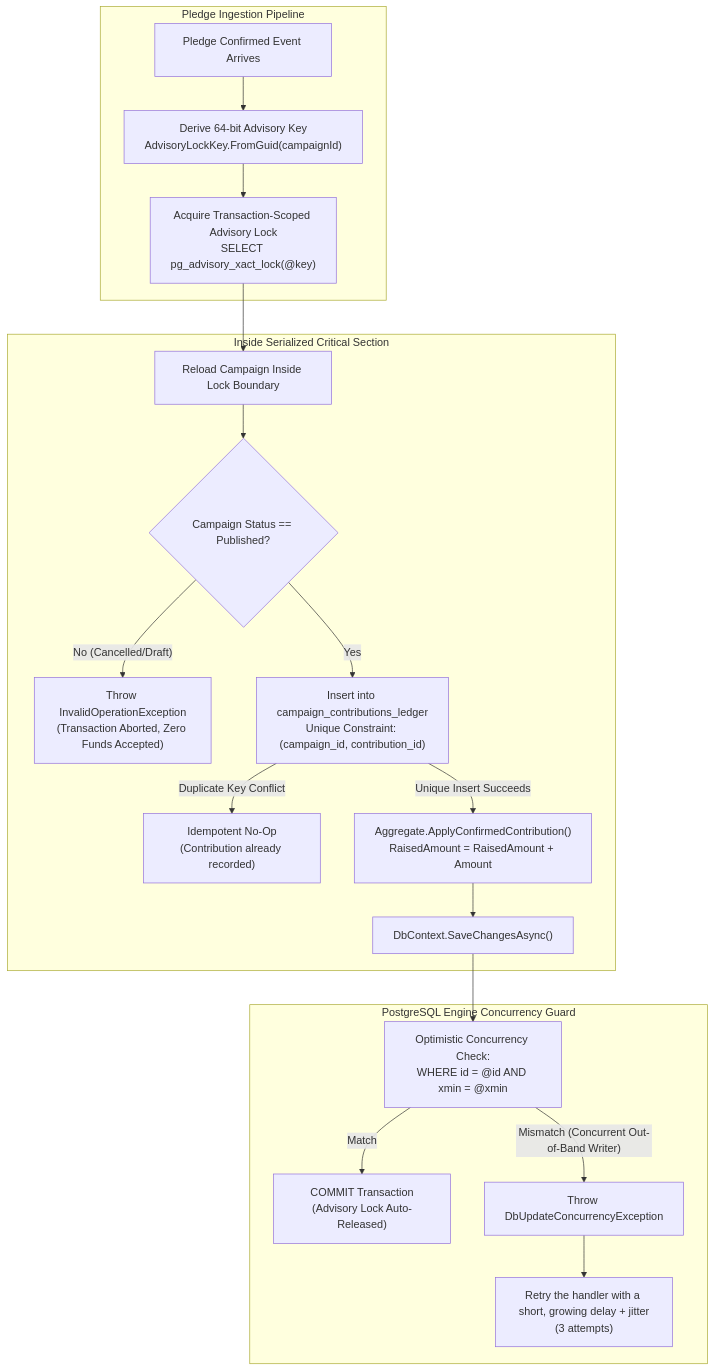
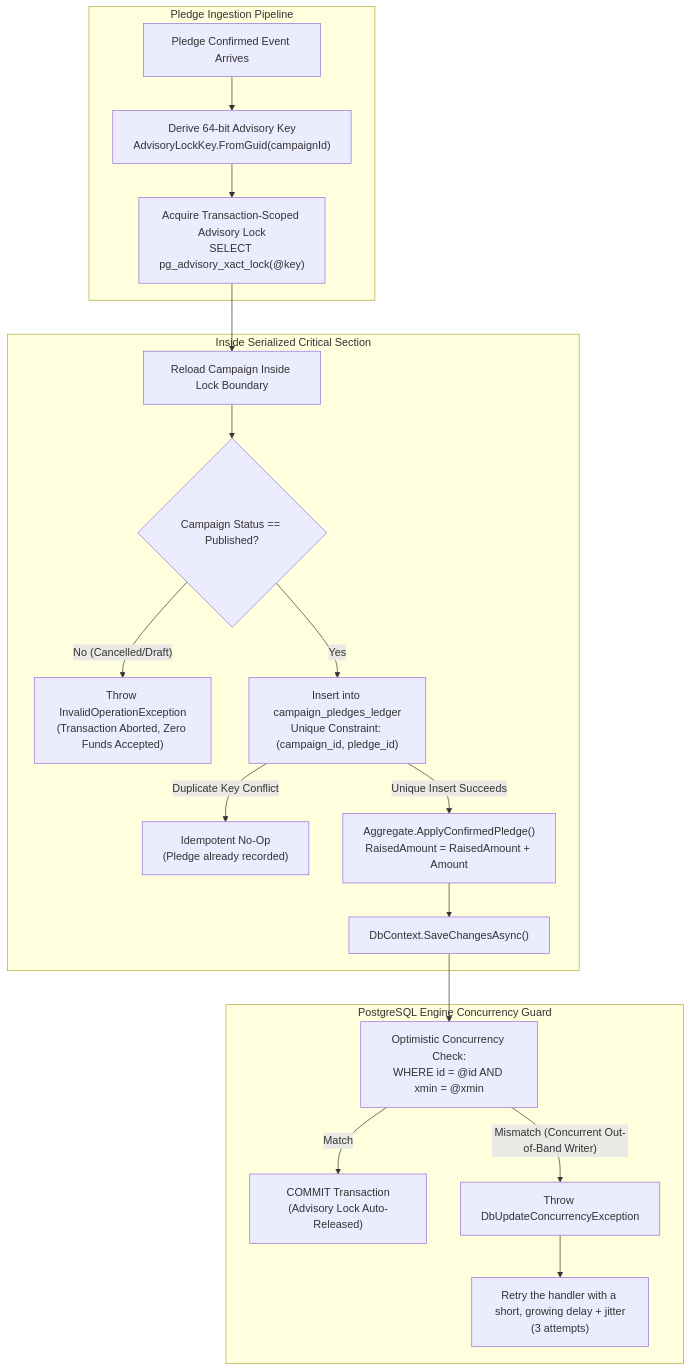
One commit to maysamgamini/crowdfundinghub changed the seventh of 12 diagrams in docs/ARCHITECTURE_AND_LIBRARIES.md. Above: the diagram before and after it, drawn with Mermaid. The commit also changed other lines of this file and 571 other files, not shown here.

First line of the commit message:
refactor: use the course vocabulary, pledge and backer, where the code said contribution and contributor

````diff
--- a/docs/ARCHITECTURE_AND_LIBRARIES.md
+++ b/docs/ARCHITECTURE_AND_LIBRARIES.md
@@ -346,26 +346,26 @@
 ```mermaid
 graph TD
     subgraph RequestPipeline["Pledge Ingestion Pipeline"]
         Req["Pledge Confirmed Event Arrives"] --> LockKey["Derive 64-bit Advisory Key<br/>AdvisoryLockKey.FromGuid(campaignId)"]
         LockKey --> AdvisoryLock["Acquire Transaction-Scoped Advisory Lock<br/>SELECT pg_advisory_xact_lock(@key)"]
     end
 
     subgraph CriticalSection["Inside Serialized Critical Section"]
         AdvisoryLock --> Reload["Reload Campaign Inside Lock Boundary"]
         Reload --> CheckStatus{"Campaign Status == Published?"}
         CheckStatus -->|"No (Cancelled/Draft)"| Abort["Throw InvalidOperationException<br/>(Transaction Aborted, Zero Funds Accepted)"]
-        CheckStatus -->|Yes| LedgerGuard["Insert into campaign_contributions_ledger<br/>Unique Constraint: (campaign_id, contribution_id)"]
+        CheckStatus -->|Yes| LedgerGuard["Insert into campaign_pledges_ledger<br/>Unique Constraint: (campaign_id, pledge_id)"]
         
-        LedgerGuard -->|Duplicate Key Conflict| NoOp["Idempotent No-Op<br/>(Contribution already recorded)"]
-        LedgerGuard -->|Unique Insert Succeeds| ApplyFunds["Aggregate.ApplyConfirmedContribution()<br/>RaisedAmount = RaisedAmount + Amount"]
+        LedgerGuard -->|Duplicate Key Conflict| NoOp["Idempotent No-Op<br/>(Pledge already recorded)"]
+        LedgerGuard -->|Unique Insert Succeeds| ApplyFunds["Aggregate.ApplyConfirmedPledge()<br/>RaisedAmount = RaisedAmount + Amount"]
         
         ApplyFunds --> EFSave["DbContext.SaveChangesAsync()"]
     end
 
     subgraph DBEngine["PostgreSQL Engine Concurrency Guard"]
         EFSave --> XminCheck["Optimistic Concurrency Check:<br/>WHERE id = @id AND xmin = @xmin"]
         XminCheck -->|Match| CommitTx["COMMIT Transaction<br/>(Advisory Lock Auto-Released)"]
         XminCheck -->|"Mismatch (Concurrent Out-of-Band Writer)"| ThrowConcurrency["Throw DbUpdateConcurrencyException"]
         ThrowConcurrency --> RetryLoop["Retry the handler with a short, growing delay + jitter<br/>(3 attempts)"]
     end
 ```
````
